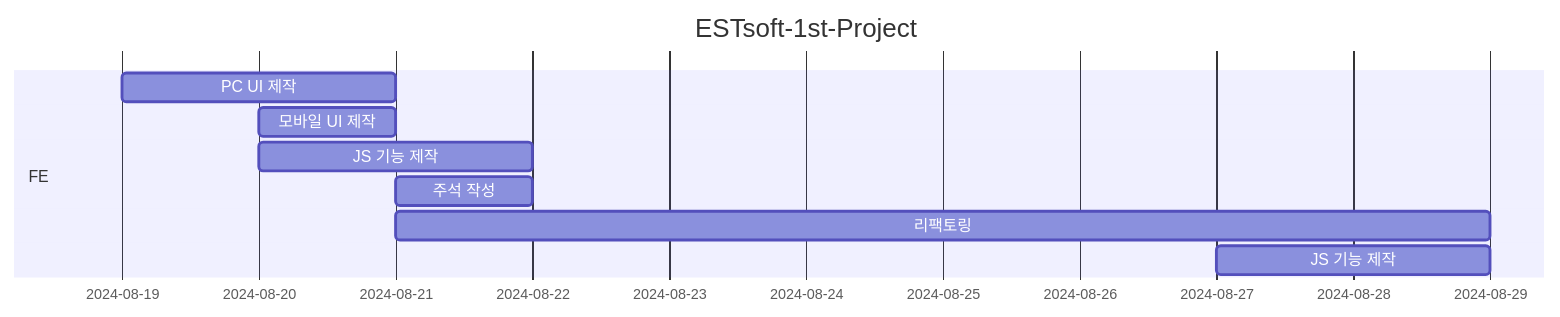
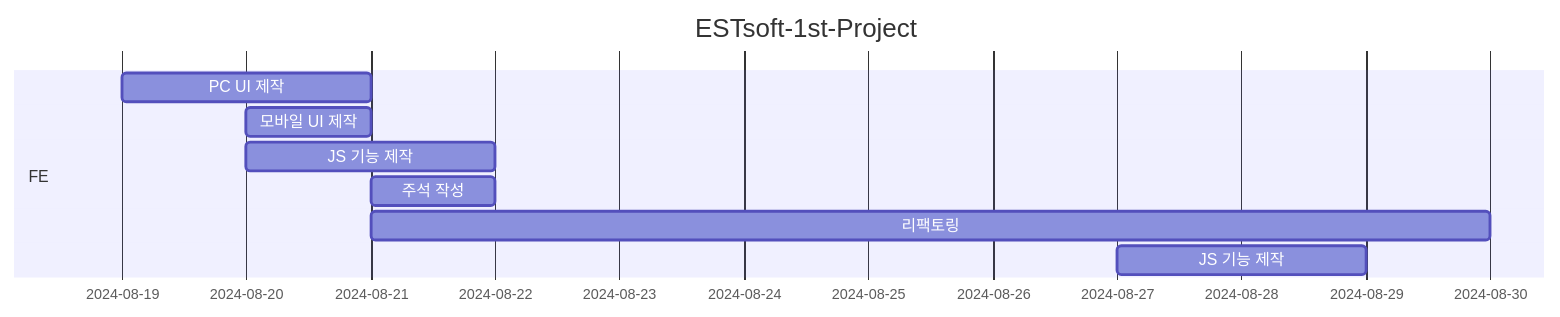
Before and after one commit to Jindo-Dog/ESTsoft: the diagram in README.md, drawn with Mermaid. The commit also changed other lines of this file, not shown here.

````diff
--- a/README.md
+++ b/README.md
@@ -82,14 +82,14 @@
 ```mermaid
 gantt
     title ESTsoft-1st-Project
     dateFormat YYYY-MM-DD
     axisFormat  %Y-%m-%d
     
     section FE
         PC UI 제작:2024-08-19, 2d
         모바일 UI 제작:2024-08-20, 1d
         JS 기능 제작:2024-08-20, 2d
         주석 작성:2024-08-21, 1d
-        리팩토링:2024-08-21, 8d
+        리팩토링:2024-08-21, 9d
         JS 기능 제작:2024-08-27, 2d
 ```
````
